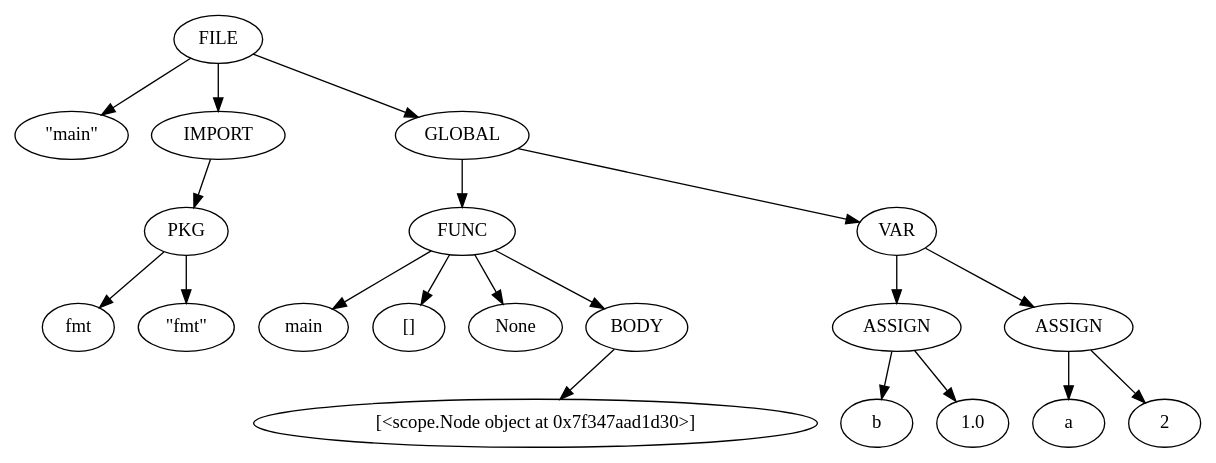
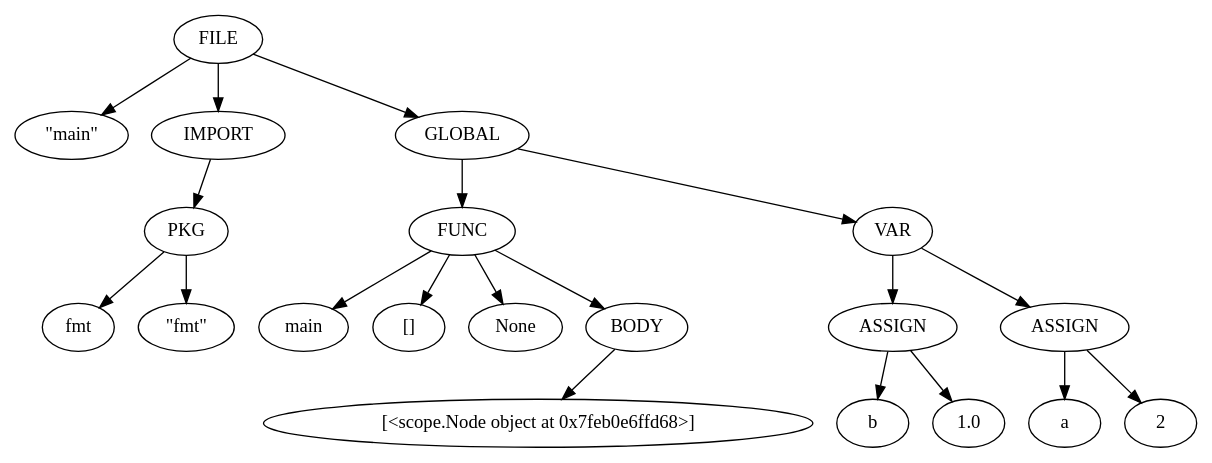
One commit to devanshusingla/GIPSC changed the diagram in test.dot. Above: the diagram before and after it, drawn with Graphviz. The commit also changed 3 other files, not shown here.

```diff
--- a/test.dot
+++ b/test.dot
@@ -1,22 +1,22 @@
 digraph G {
 	0 -> 1;
 	0 -> 2;
 	2 -> 3;
 	3 -> 4;
 	3 -> 5;
 	0 -> 6;
 	6 -> 7;
 	7 -> 8;
 	7 -> 9;
 	7 -> 10;
 	7 -> 11;
 	11 -> 12;
 	6 -> 13;
 	13 -> 14;
 	14 -> 15;
 	14 -> 16;
 	13 -> 17;
 	17 -> 18;
 	17 -> 19;
-	0 [label=FILE];	1 [label="\"main\""];	2 [label="IMPORT"];	3 [label="PKG"];	4 [label="fmt"];	5 [label="\"fmt\""];	6 [label="GLOBAL"];	7 [label="FUNC"];	8 [label="main"];	9 [label="[]"];	10 [label="None"];	11 [label="BODY"];	12 [label="[<scope.Node object at 0x7f347aad1d30>]"];	13 [label="VAR"];	14 [label="ASSIGN"];	15 [label="b"];	16 [label="1.0"];	17 [label="ASSIGN"];	18 [label="a"];	19 [label="2"];
+	0 [label=FILE];	1 [label="\"main\""];	2 [label="IMPORT"];	3 [label="PKG"];	4 [label="fmt"];	5 [label="\"fmt\""];	6 [label="GLOBAL"];	7 [label="FUNC"];	8 [label="main"];	9 [label="[]"];	10 [label="None"];	11 [label="BODY"];	12 [label="[<scope.Node object at 0x7feb0e6ffd68>]"];	13 [label="VAR"];	14 [label="ASSIGN"];	15 [label="b"];	16 [label="1.0"];	17 [label="ASSIGN"];	18 [label="a"];	19 [label="2"];
 }
```
